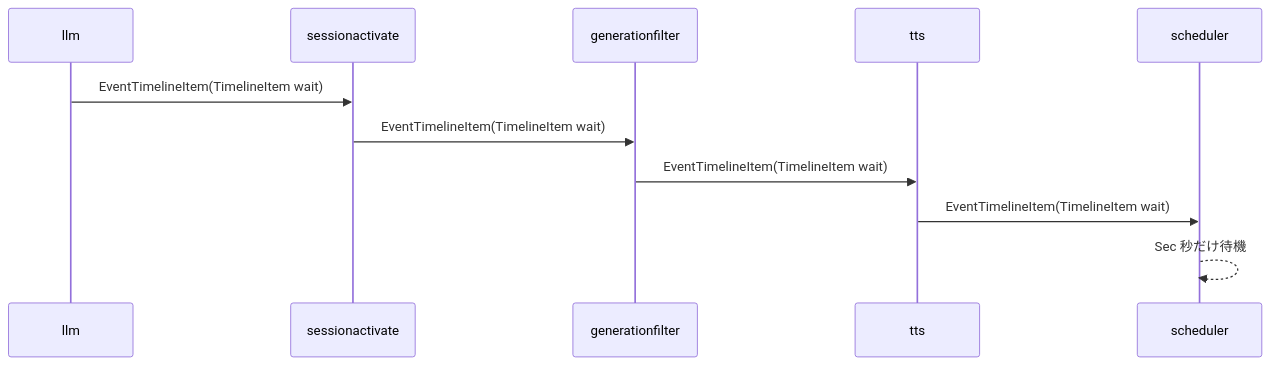
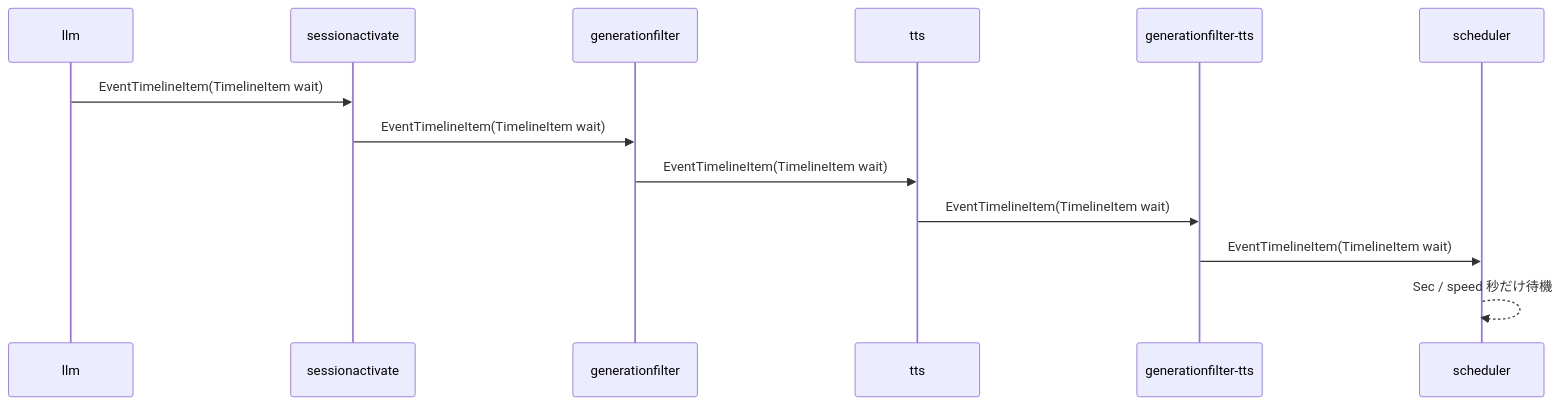
One commit to tetetratra/smart-speaker changed the second of 3 diagrams in docs/components/tts.md. Above: the diagram before and after it, drawn with Mermaid. The commit also changed other lines of this file and 1 other file, not shown here.

````diff
--- a/docs/components/tts.md
+++ b/docs/components/tts.md
@@ -90,14 +91,16 @@
 ```mermaid
 sequenceDiagram
   participant LLM as llm
   participant SA as sessionactivate
   participant GF as generationfilter
   participant TTS as tts
+  participant GF2 as generationfilter-tts
   participant SCH as scheduler
 
   LLM->>SA: EventTimelineItem(TimelineItem wait)
   SA->>GF: EventTimelineItem(TimelineItem wait)
   GF->>TTS: EventTimelineItem(TimelineItem wait)
-  TTS->>SCH: EventTimelineItem(TimelineItem wait)
-  SCH-->>SCH: Sec 秒だけ待機
+  TTS->>GF2: EventTimelineItem(TimelineItem wait)
+  GF2->>SCH: EventTimelineItem(TimelineItem wait)
+  SCH-->>SCH: Sec / speed 秒だけ待機
 ```
````
